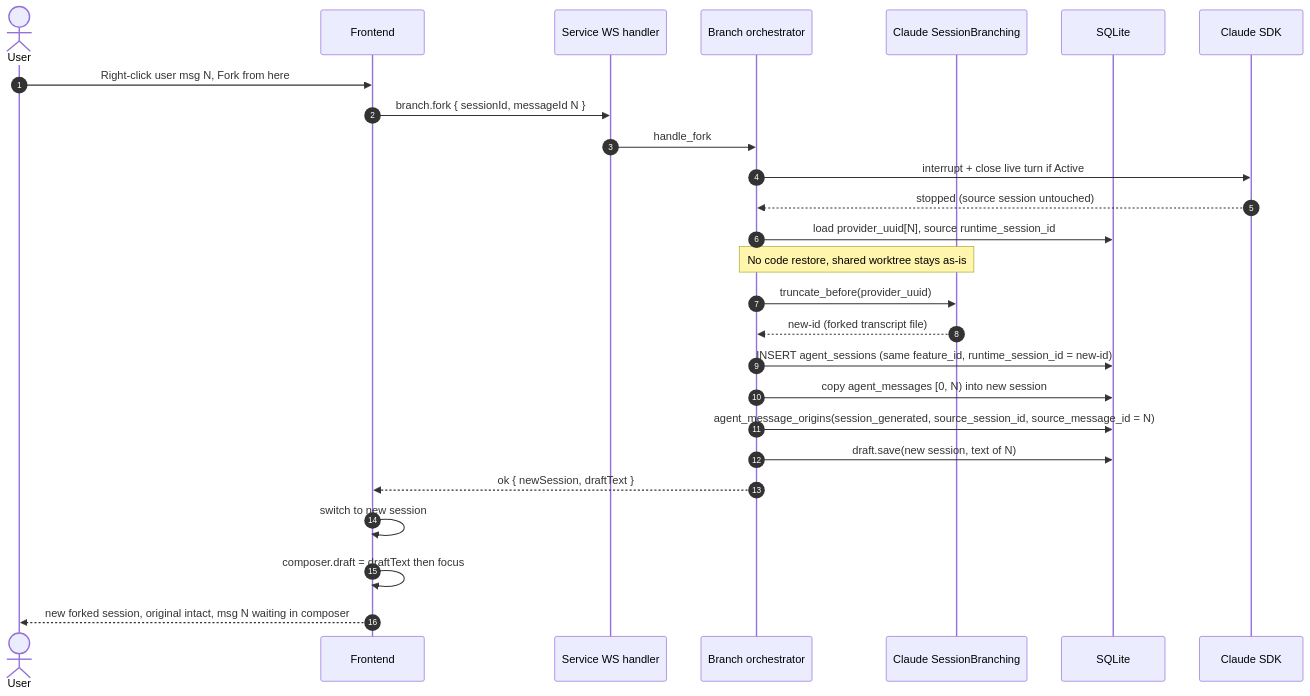
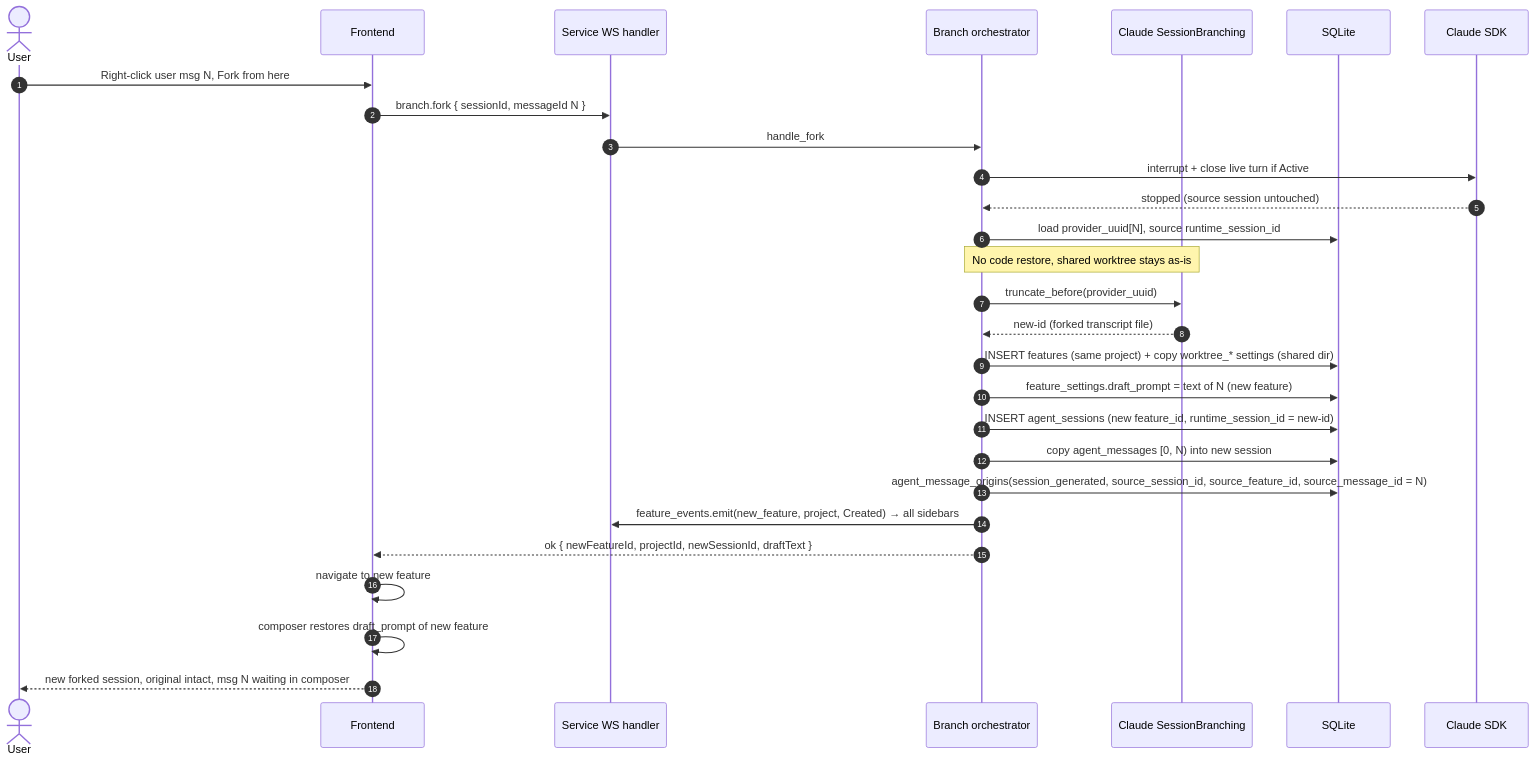
The third of 3 diagrams in docs/REWIND_AND_FORK.md (baptou12/CadencR), drawn with Mermaid before and after one commit. The commit also changed other lines of this file, not shown here.

````diff
--- a/docs/REWIND_AND_FORK.md
+++ b/docs/REWIND_AND_FORK.md
@@ -499,33 +544,35 @@
 ```mermaid
 sequenceDiagram
     autonumber
     actor User
     participant FE as Frontend
     participant SVC as Service WS handler
     participant ORCH as Branch orchestrator
     participant SURG as Claude SessionBranching
     participant DB as SQLite
     participant SDK as Claude SDK
 
     User->>FE: Right-click user msg N, Fork from here
     FE->>SVC: branch.fork { sessionId, messageId N }
     SVC->>ORCH: handle_fork
 
     ORCH->>SDK: interrupt + close live turn if Active
     SDK-->>ORCH: stopped (source session untouched)
     ORCH->>DB: load provider_uuid[N], source runtime_session_id
 
     Note over ORCH,SURG: No code restore, shared worktree stays as-is
     ORCH->>SURG: truncate_before(provider_uuid)
     SURG-->>ORCH: new-id (forked transcript file)
 
-    ORCH->>DB: INSERT agent_sessions (same feature_id, runtime_session_id = new-id)
+    ORCH->>DB: INSERT features (same project) + copy worktree_* settings (shared dir)
+    ORCH->>DB: feature_settings.draft_prompt = text of N (new feature)
+    ORCH->>DB: INSERT agent_sessions (new feature_id, runtime_session_id = new-id)
     ORCH->>DB: copy agent_messages [0, N) into new session
-    ORCH->>DB: agent_message_origins(session_generated, source_session_id, source_message_id = N)
-    ORCH->>DB: draft.save(new session, text of N)
-    ORCH-->>FE: ok { newSession, draftText }
+    ORCH->>DB: agent_message_origins(session_generated, source_session_id, source_feature_id, source_message_id = N)
+    ORCH->>SVC: feature_events.emit(new_feature, project, Created) → all sidebars
+    ORCH-->>FE: ok { newFeatureId, projectId, newSessionId, draftText }
 
-    FE->>FE: switch to new session
-    FE->>FE: composer.draft = draftText then focus
+    FE->>FE: navigate to new feature
+    FE->>FE: composer restores draft_prompt of new feature
     FE-->>User: new forked session, original intact, msg N waiting in composer
 ```
````
